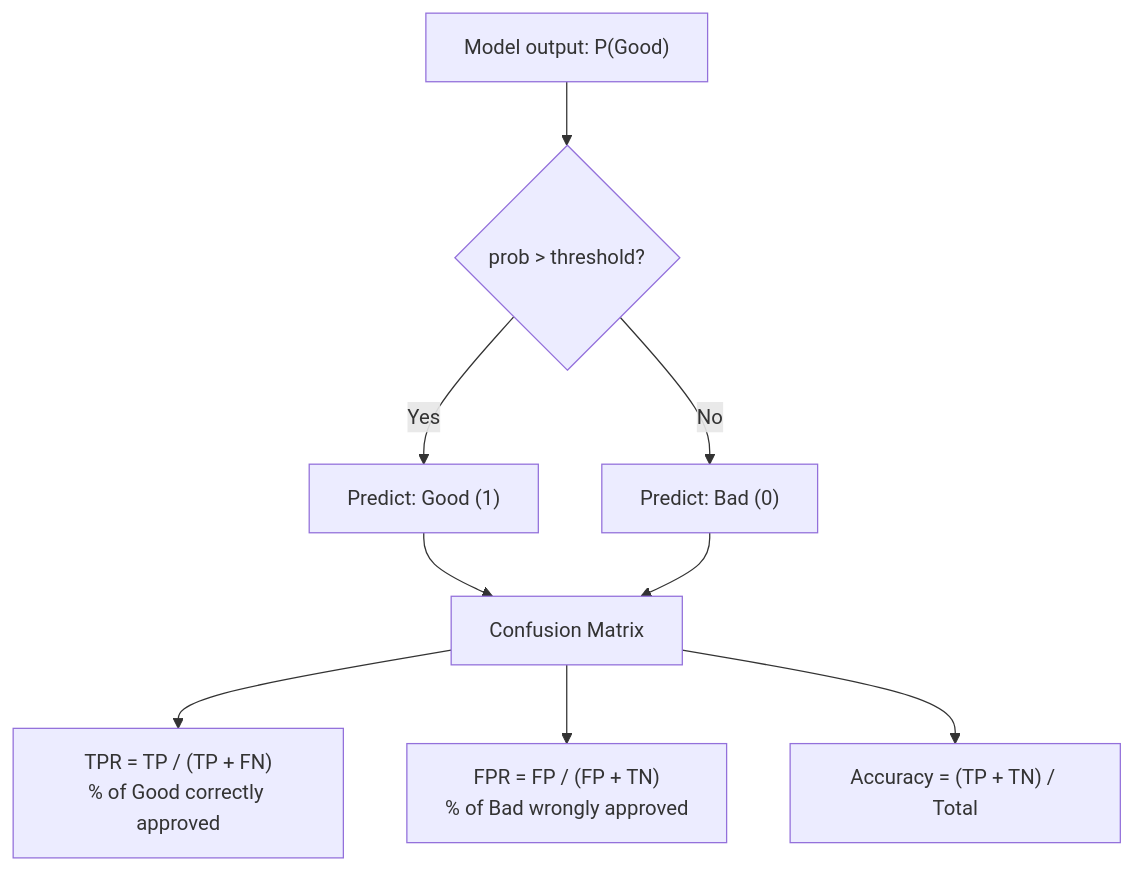
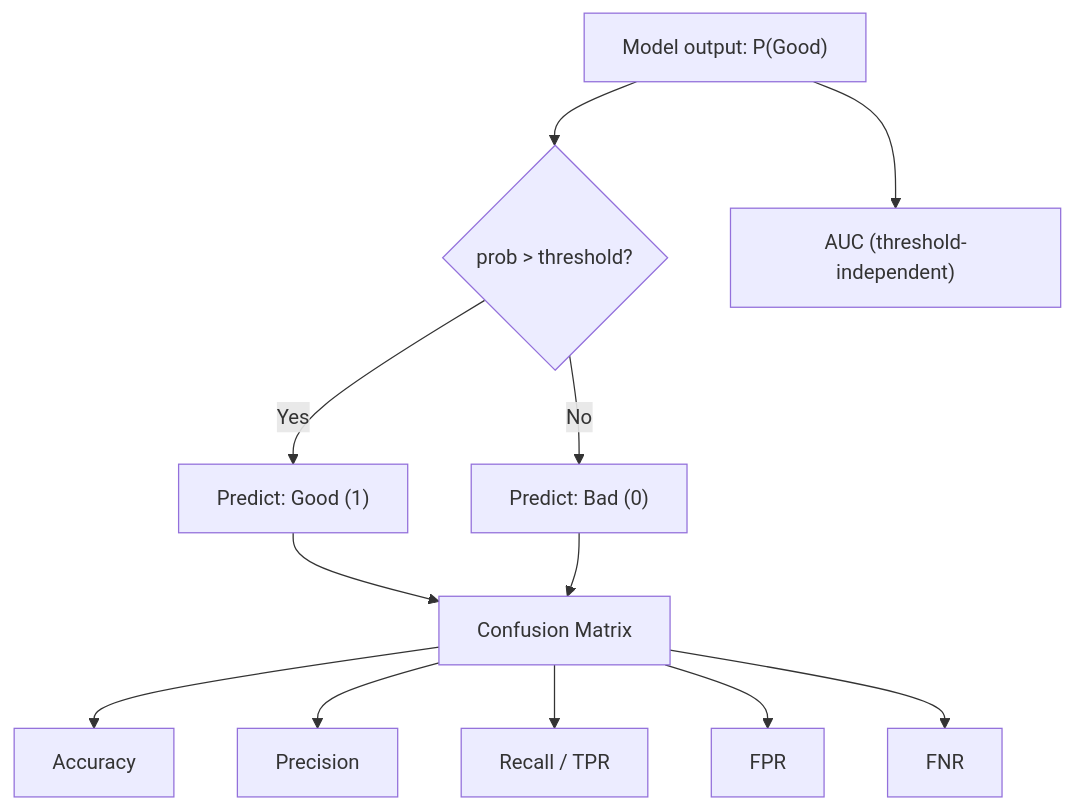
One commit to yhimanshu22/credit_risk_assessment changed the fourth of 4 diagrams in architecture.md. Above: the diagram before and after it, drawn with Mermaid. The commit also changed other lines of this file, not shown here.

````diff
--- a/architecture.md
+++ b/architecture.md
@@ -147,13 +184,16 @@
 ```mermaid
 flowchart TD
     PROB["Model output: P(Good)"] --> TH{prob > threshold?}
     TH -->|Yes| GOOD["Predict: Good (1)"]
     TH -->|No| BAD["Predict: Bad (0)"]
 
     GOOD --> CM[Confusion Matrix]
     BAD --> CM
 
-    CM --> TPR["TPR = TP / (TP + FN)<br/>% of Good correctly approved"]
-    CM --> FPR["FPR = FP / (FP + TN)<br/>% of Bad wrongly approved"]
-    CM --> ACC["Accuracy = (TP + TN) / Total"]
+    CM --> ACC["Accuracy"]
+    CM --> PREC["Precision"]
+    CM --> REC["Recall / TPR"]
+    CM --> FPR["FPR"]
+    CM --> FNR["FNR"]
+    PROB --> AUC["AUC (threshold-independent)"]
 ```
````
